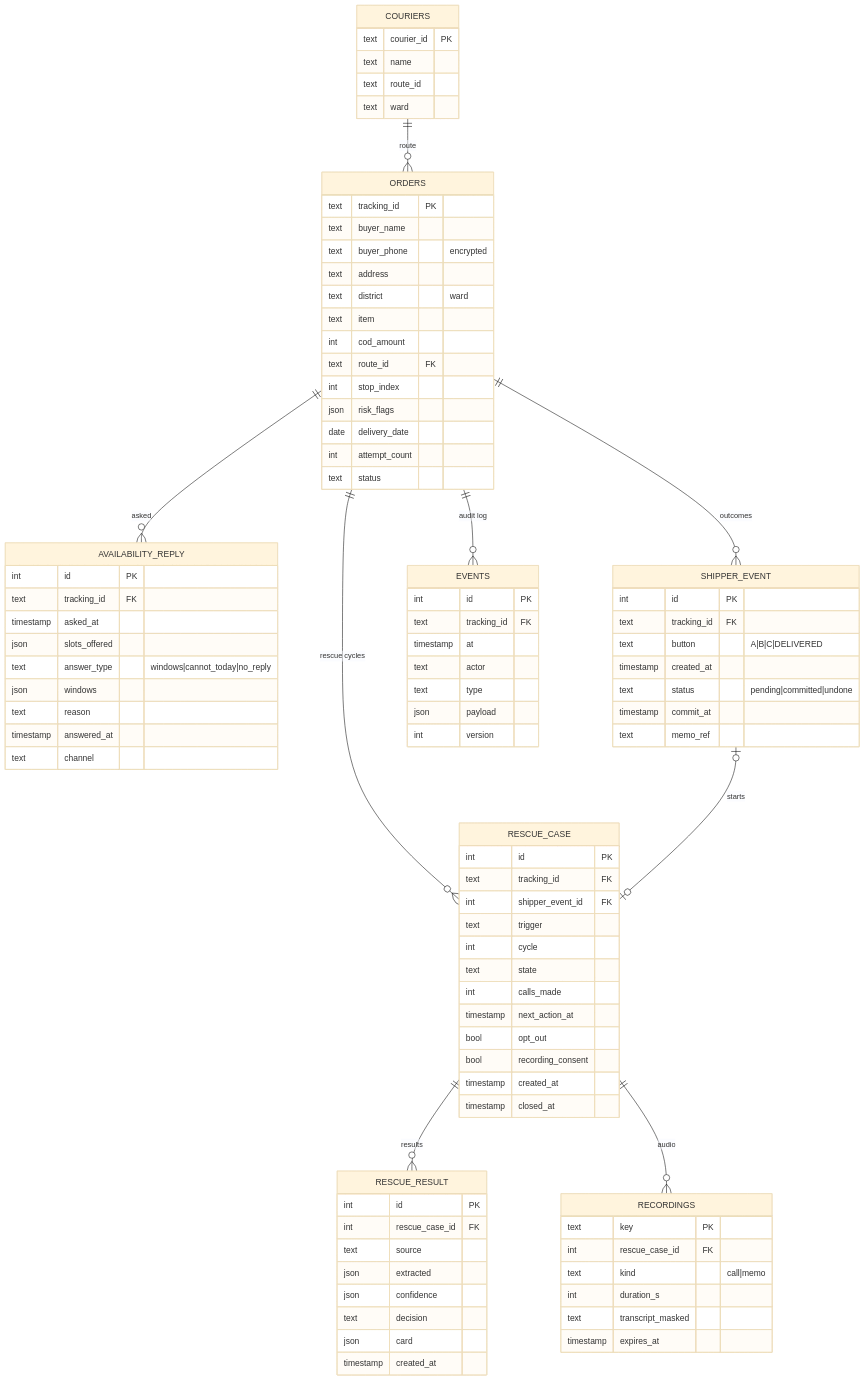
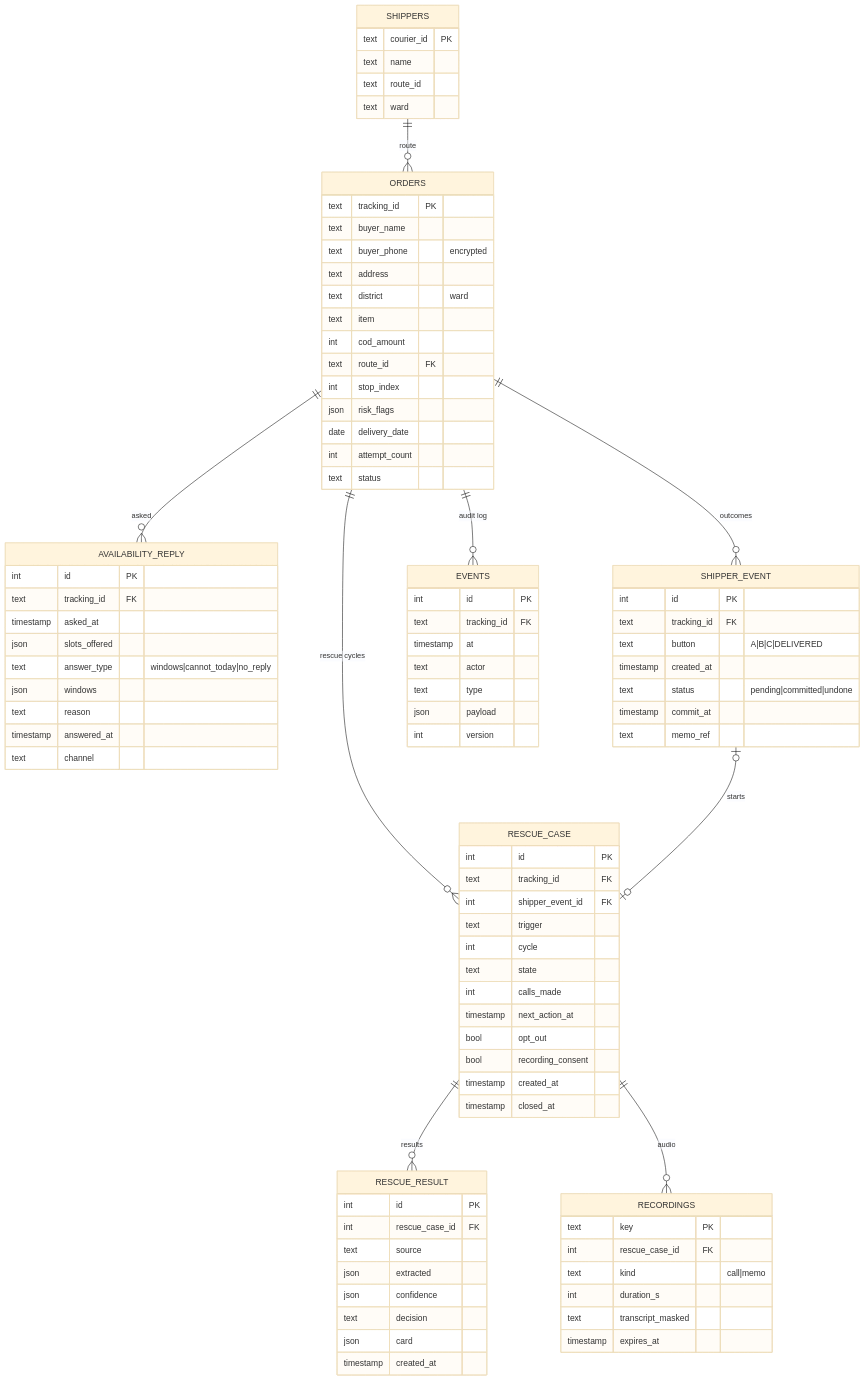
The fourth of 18 diagrams in prep/02-technical/PRD.md (BennedictQuanTon/Alodi-Regional-Codex-Hackathon-2026), drawn with Mermaid (base theme) before and after one commit. The commit also changed other lines of this file and 84 other files, not shown here.

````diff
--- a/prep/02-technical/PRD.md
+++ b/prep/02-technical/PRD.md
@@ -821,6 +821,6 @@
 ```mermaid
 erDiagram
-  COURIERS ||--o{ ORDERS : "route"
+  SHIPPERS ||--o{ ORDERS : "route"
   ORDERS ||--o{ AVAILABILITY_REPLY : "asked"
   ORDERS ||--o{ SHIPPER_EVENT : "outcomes"
   ORDERS ||--o{ RESCUE_CASE : "rescue cycles"
@@ -829,7 +829,7 @@
   ORDERS ||--o{ EVENTS : "audit log"
   SHIPPER_EVENT |o--o| RESCUE_CASE : "starts"
 
-  COURIERS {
+  SHIPPERS {
     text courier_id PK
     text name
     text route_id
````
